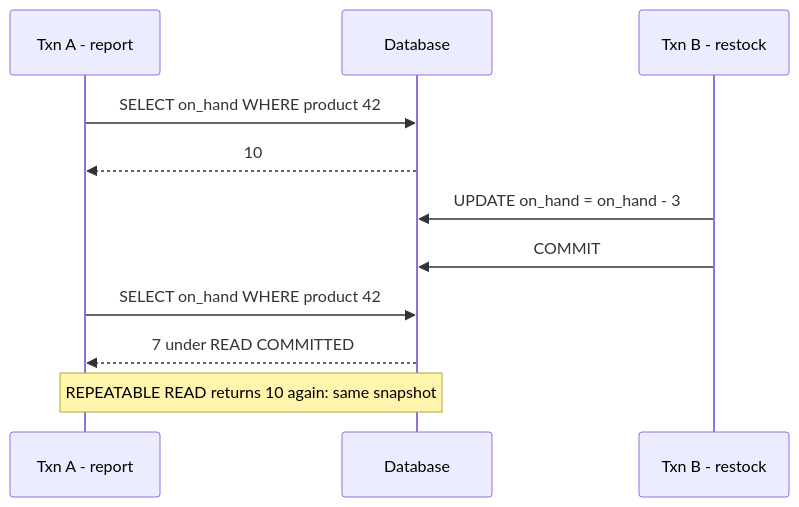
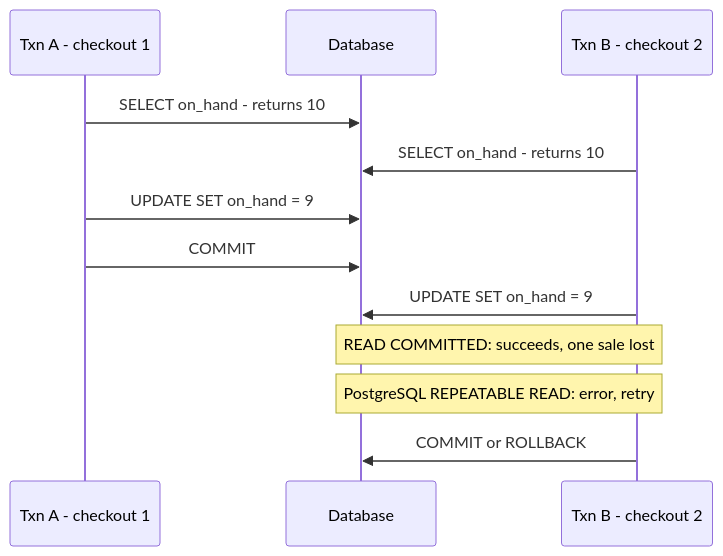
One commit to Sampath1-1-1/System-Design changed the diagram in diagrams/ch11/fig-11-07.mmd. Above: the diagram before and after it, drawn with Mermaid. The commit also changed 51 other files, not shown here.

```diff
--- a/diagrams/ch11/fig-11-07.mmd
+++ b/diagrams/ch11/fig-11-07.mmd
@@ -1,12 +1,13 @@
-%% Figure 11.7 — Non-repeatable read under READ COMMITTED
+%% Figure 11.7 — Lost update from an application-side read-modify-write
 sequenceDiagram
-  participant A as Txn A - report
+  participant A as Txn A - checkout 1
   participant DB as Database
-  participant B as Txn B - restock
-  A->>DB: SELECT on_hand WHERE product 42
-  DB-->>A: 10
-  B->>DB: UPDATE on_hand = on_hand - 3
-  B->>DB: COMMIT
-  A->>DB: SELECT on_hand WHERE product 42
-  DB-->>A: 7 under READ COMMITTED
-  Note over A,DB: REPEATABLE READ returns 10 again: same snapshot
+  participant B as Txn B - checkout 2
+  A->>DB: SELECT on_hand - returns 10
+  B->>DB: SELECT on_hand - returns 10
+  A->>DB: UPDATE SET on_hand = 9
+  A->>DB: COMMIT
+  B->>DB: UPDATE SET on_hand = 9
+  Note over B,DB: READ COMMITTED: succeeds, one sale lost
+  Note over B,DB: PostgreSQL REPEATABLE READ: error, retry
+  B->>DB: COMMIT or ROLLBACK
```
